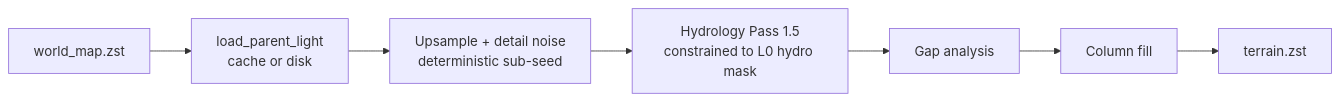
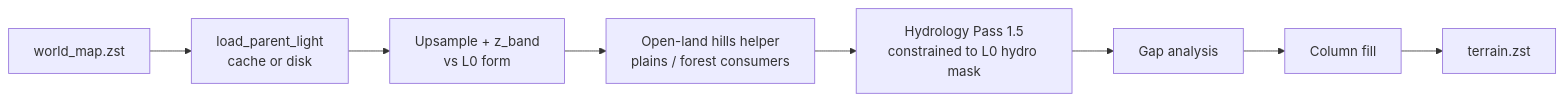
The seventh of 15 diagrams in docs/tz_world_pack_storage.md (AndrewBondaren/AI-Project), drawn with Mermaid before and after one commit. The commit also changed other lines of this file and 18 other files, not shown here.

````diff
--- a/docs/tz_world_pack_storage.md
+++ b/docs/tz_world_pack_storage.md
@@ -807,12 +904,13 @@
 ```mermaid
 flowchart LR
   Disk[world_map.zst]
   Load[load_parent_light\ncache or disk]
-  UP[Upsample + detail noise\ndeterministic sub-seed]
+  UP[Upsample + z_band\nvs L0 form]
+  Hills[Open-land hills helper\nplains / forest consumers]
   HY[Hydrology Pass 1.5\nconstrained to L0 hydro mask]
   GA[Gap analysis]
   P2[Column fill]
   PACK[terrain.zst]
 
-  Disk --> Load --> UP --> HY --> GA --> P2 --> PACK
+  Disk --> Load --> UP --> Hills --> HY --> GA --> P2 --> PACK
 ```
````
